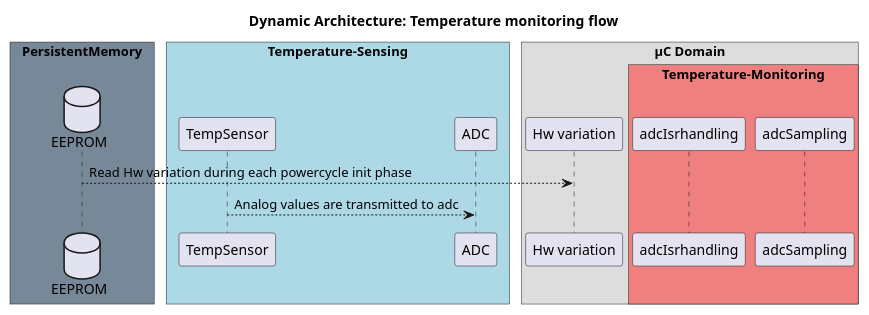
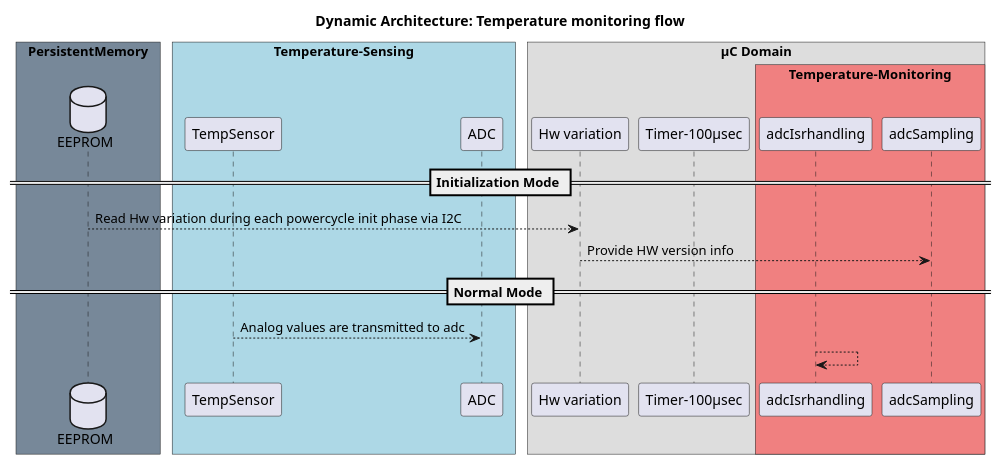
One commit to pru8889/TempMonitoring_Project changed the diagram in arch/Dynamicarch.puml. Above: the diagram before and after it, drawn with PlantUML.

Commit message:
Dynamic arch update

```diff
--- a/arch/Dynamicarch.puml
+++ b/arch/Dynamicarch.puml
@@ -1,27 +1,30 @@
 @startuml name Dynamic
 title Dynamic Architecture: Temperature monitoring flow
 
 box "PersistentMemory" #LightSlateGray
     database "EEPROM" as ee
 end box
 
 box "Temperature-Sensing" #LightBlue
 participant "TempSensor" as Ts 
 participant "ADC" as adc
 end box
 
 !pragma teoz true
 box "µC Domain"
 participant "Hw variation" as hw
+participant "Timer-100µsec" as int
 box "Temperature-Monitoring" #LightCoral
-participant "adcIsrhandling"
-participant "adcSampling"
+participant "adcIsrhandling" as Isr
+participant "adcSampling" as sample
 end box
 
 
-
- 
-ee --> hw: Read Hw variation during each powercycle init phase
-Ts --> adc: Analog values are transmitted to adc 
+== Initialization Mode ==
+ee --> hw: Read Hw variation during each powercycle init phase via I2C
+hw --> sample: Provide HW version info
+== Normal Mode ==
+Ts --> adc: Analog values are transmitted to adc
+Isr --> Isr: 
 
 @enduml
```
